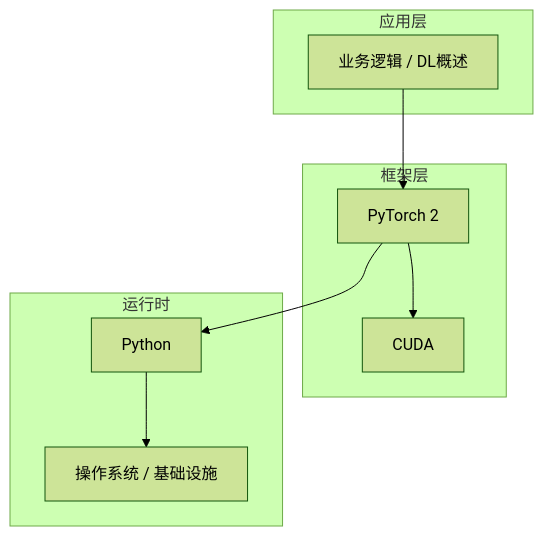
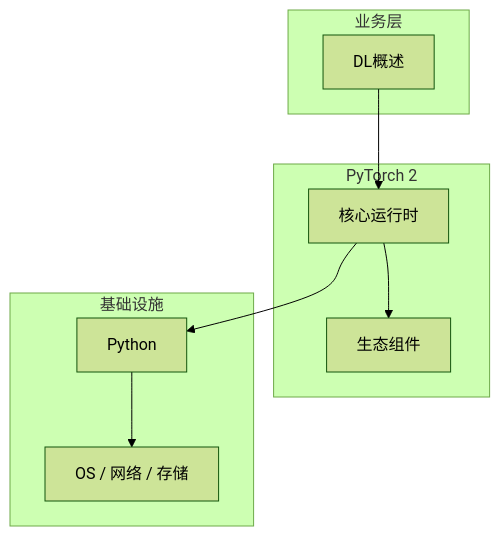
One commit to yanggan2015/knowledge-json-v2 changed the diagram in articles/深度学习/chapters/001-DL概述核心概念与原理.md. Above: the diagram before and after it, drawn with Mermaid (forest theme). The commit also changed other lines of this file and 10127 other files, not shown here.

````diff
--- a/articles/深度学习/chapters/001-DL概述核心概念与原理.md
+++ b/articles/深度学习/chapters/001-DL概述核心概念与原理.md
@@ -45,18 +30,18 @@
 ```mermaid
 graph TB
-    subgraph 应用层
-        A[业务逻辑 / DL概述]
+    subgraph 业务层
+        A[DL概述]
     end
-    subgraph 框架层
-        B[PyTorch 2]
-        C[CUDA]
+    subgraph PyTorch 2
+        B[核心运行时]
+        C[生态组件]
     end
-    subgraph 运行时
+    subgraph 基础设施
         D[Python]
-        E[操作系统 / 基础设施]
+        E[OS / 网络 / 存储]
     end
     A --> B
     B --> C
     B --> D
     D --> E
 ```
````
